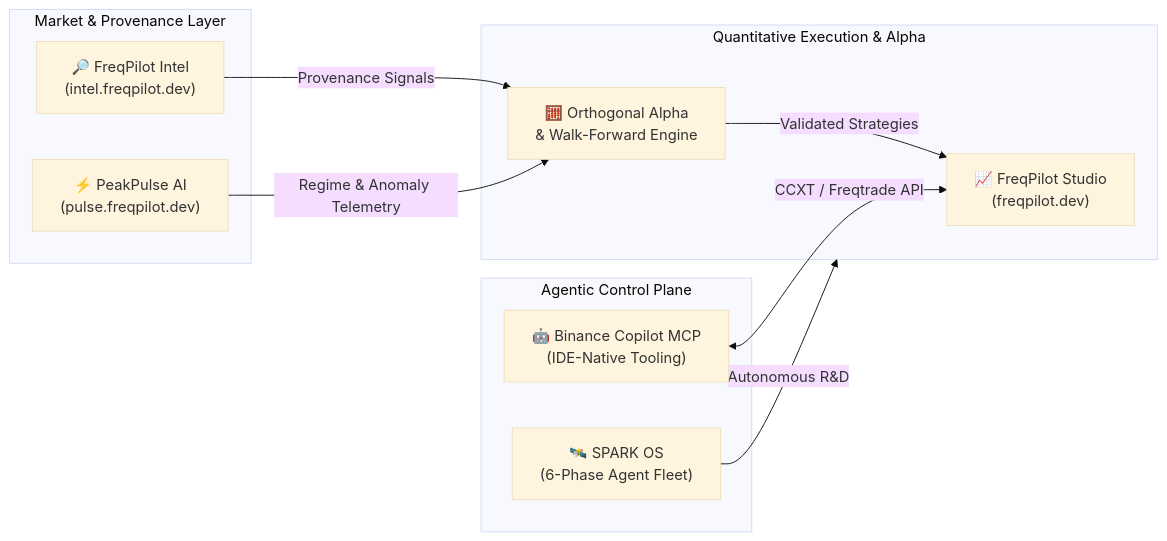
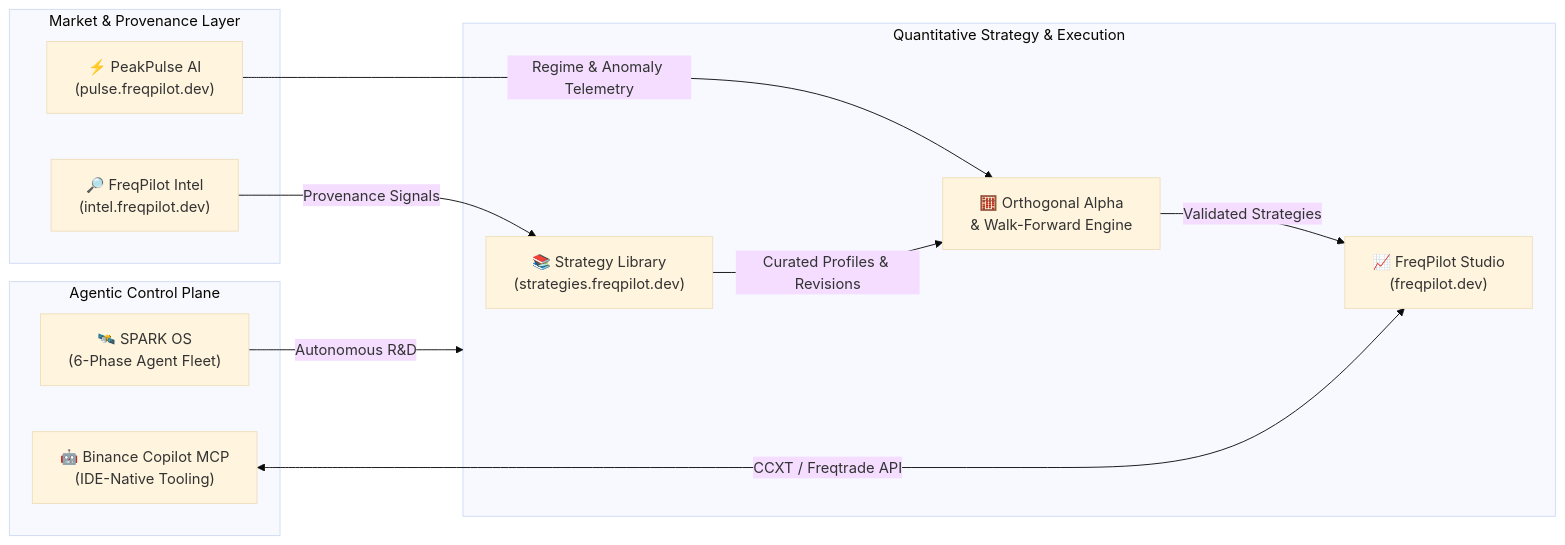
The diagram in README.md (mrcanlaco/mrcanlaco), drawn with Mermaid (base theme) before and after one commit. The commit also changed other lines of this file, not shown here.

Commit message:
feat: add Strategy Library (strategies.freqpilot.dev) to ecosystem showcase

````diff
--- a/README.md
+++ b/README.md
@@ -40,23 +42,25 @@
 ```mermaid
 flowchart LR
     subgraph Data["Market & Provenance Layer"]
         Intel["🔎 FreqPilot Intel\n(intel.freqpilot.dev)"]
         Pulse["⚡ PeakPulse AI\n(pulse.freqpilot.dev)"]
     end
 
-    subgraph Core["Quantitative Execution & Alpha"]
+    subgraph Core["Quantitative Strategy & Execution"]
+        StratLib["📚 Strategy Library\n(strategies.freqpilot.dev)"]
+        Alpha["🧮 Orthogonal Alpha\n& Walk-Forward Engine"]
         Studio["📈 FreqPilot Studio\n(freqpilot.dev)"]
-        Alpha["🧮 Orthogonal Alpha\n& Walk-Forward Engine"]
     end
 
     subgraph Agentic["Agentic Control Plane"]
         MCP["🤖 Binance Copilot MCP\n(IDE-Native Tooling)"]
         Spark["🛰️ SPARK OS\n(6-Phase Agent Fleet)"]
     end
 
-    Intel -->|Provenance Signals| Alpha
+    Intel -->|Provenance Signals| StratLib
     Pulse -->|Regime & Anomaly Telemetry| Alpha
+    StratLib -->|Curated Profiles & Revisions| Alpha
     Alpha -->|Validated Strategies| Studio
     MCP <-->|CCXT / Freqtrade API| Studio
     Spark -->|Autonomous R&D| Core
 ```
````
